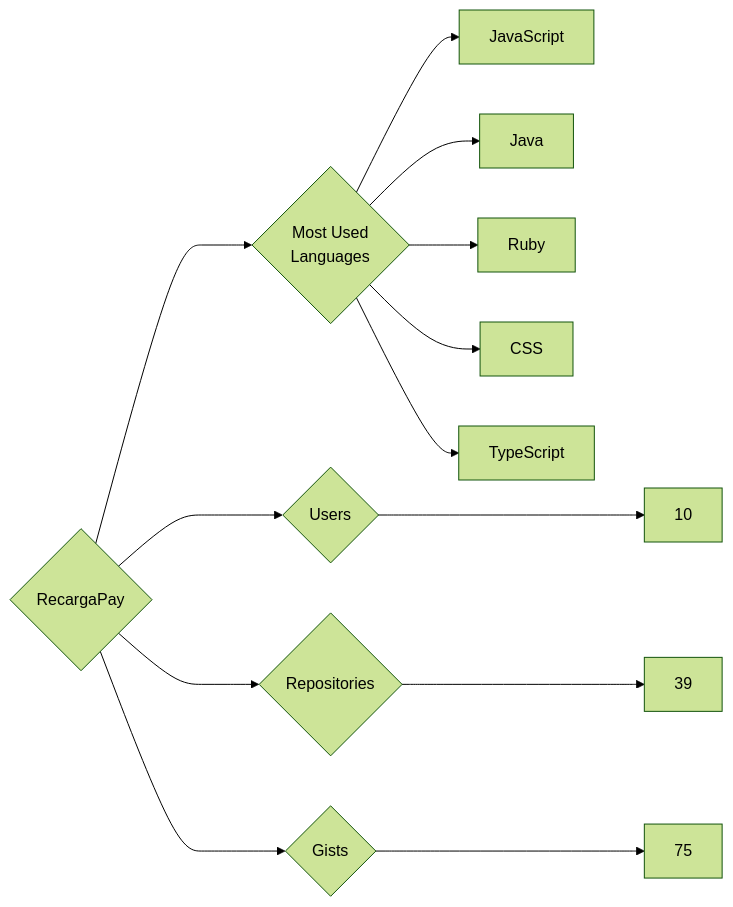
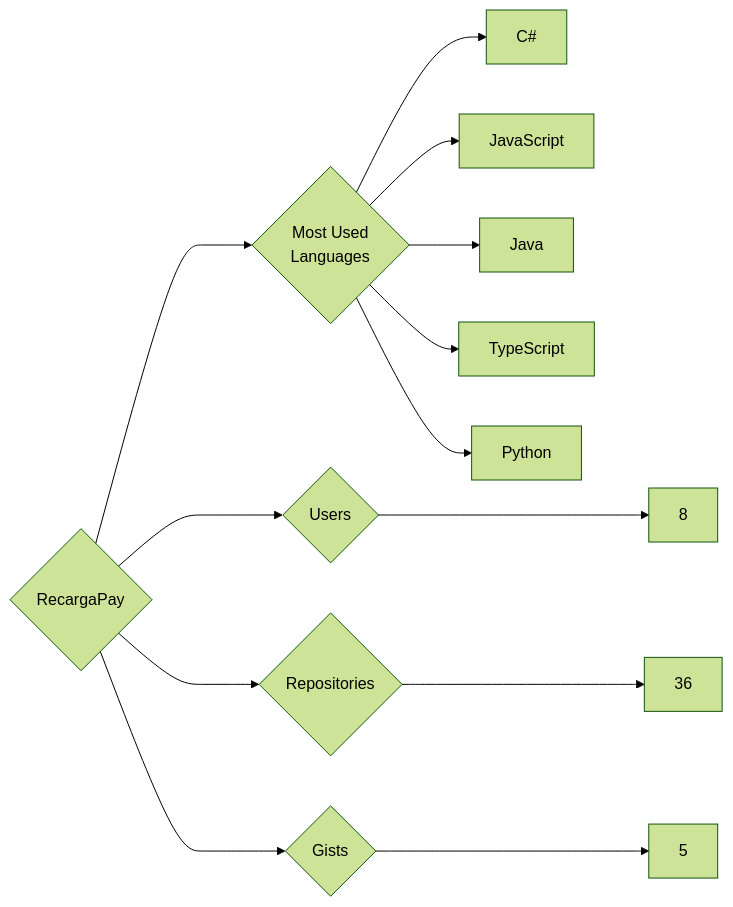
The diagram in targets/RecargaPay/README.md (trickest/insiders), drawn with Mermaid (forest theme) before and after one commit. The commit also changed 1479 other files, not shown here.

````diff
--- a/targets/RecargaPay/README.md
+++ b/targets/RecargaPay/README.md
@@ -3,13 +3,13 @@
 ```mermaid
 graph LR
 COMPANY_NAME{RecargaPay}
-COMPANY_NAME ---> U{Users} ---> UN[10]
-COMPANY_NAME ---> R{Repositories} ---> RN[39]
-COMPANY_NAME ---> G{Gists} ---> GN[75]
+COMPANY_NAME ---> U{Users} ---> UN[8]
+COMPANY_NAME ---> R{Repositories} ---> RN[36]
+COMPANY_NAME ---> G{Gists} ---> GN[5]
 COMPANY_NAME ---> ML{Most Used<br>Languages}
+ML --> C#[C#]
 ML --> JavaScript[JavaScript]
 ML --> Java[Java]
-ML --> Ruby[Ruby]
-ML --> CSS[CSS]
 ML --> TypeScript[TypeScript]
+ML --> Python[Python]
 ```
````
